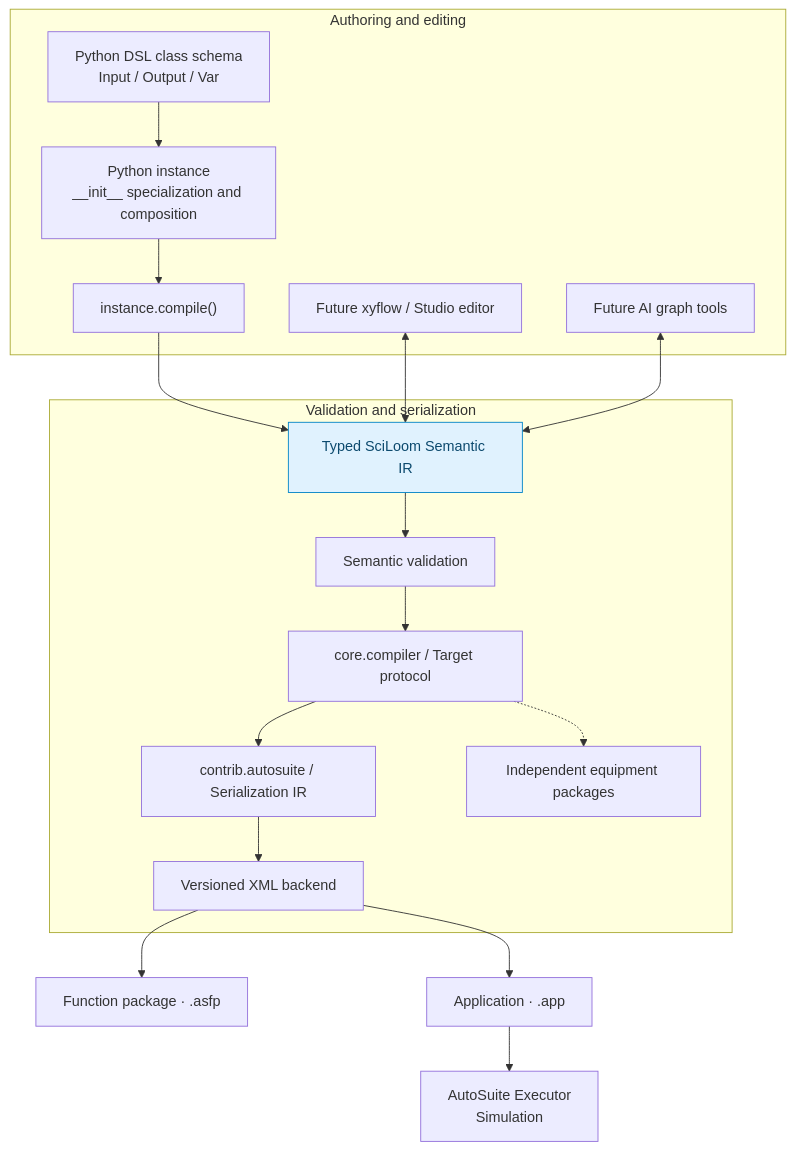
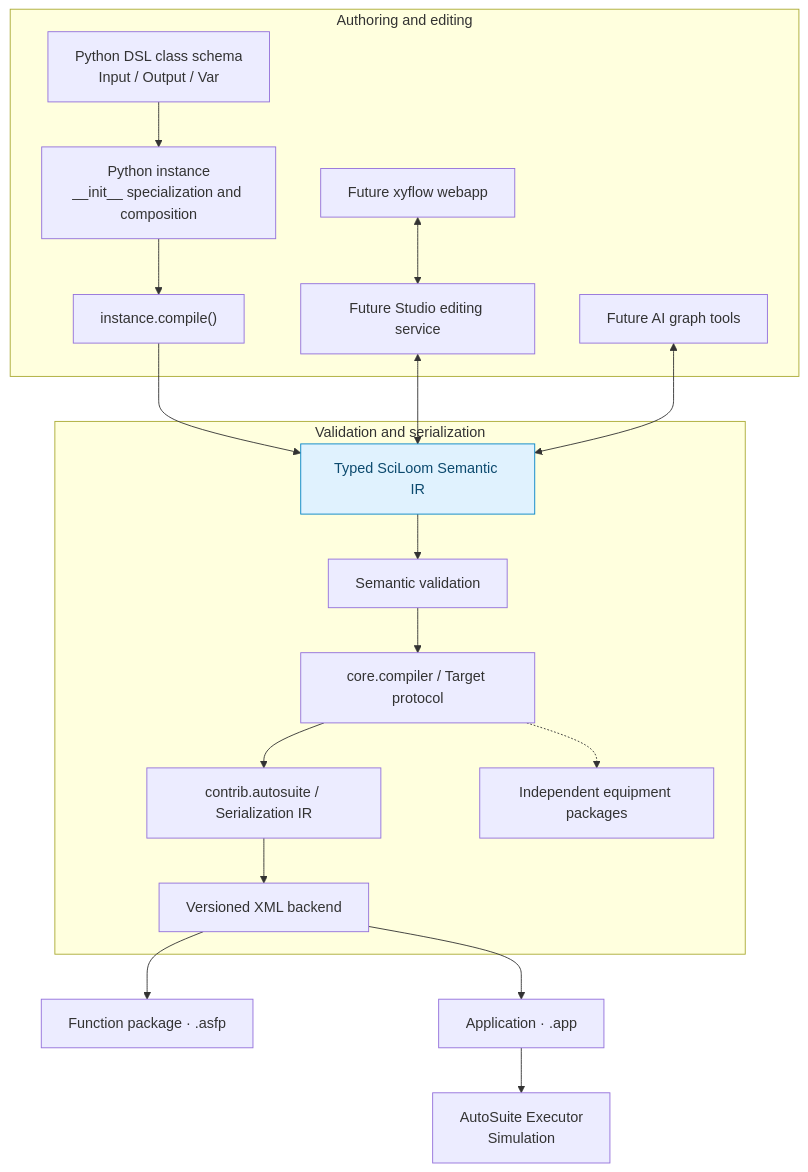
The diagram in docs/01_TARGET_ARCHITECTURE.md (TsumiNa/sciloom), drawn with Mermaid before and after one commit. The commit also changed 1 other file, not shown here.

Commit message:
docs: clarify planned capabilities and complete interface examples

````diff
--- a/docs/01_TARGET_ARCHITECTURE.md
+++ b/docs/01_TARGET_ARCHITECTURE.md
@@ -12,24 +12,26 @@
 ```mermaid
 flowchart TB
     subgraph Authoring["Authoring and editing"]
         Class["Python DSL class schema<br/>Input / Output / Var"] --> Instance["Python instance<br/>__init__ specialization and composition"]
         Instance --> Compile["instance.compile()"]
-        GUI["Future xyflow / Studio editor"]
+        GUI["Future xyflow webapp"]
+        Studio["Future Studio editing service"]
         AI["Future AI graph tools"]
     end
     Compile --> IR["Typed SciLoom Semantic IR"]
-    GUI <--> IR
+    GUI <--> Studio
+    Studio <--> IR
     AI <--> IR
     subgraph Backend["Validation and serialization"]
         IR --> Validate["Semantic validation"]
         Validate --> Compiler["core.compiler / Target protocol"]
         Compiler --> SIR["contrib.autosuite / Serialization IR"]
         Compiler -.-> Other["Independent equipment packages"]
         SIR --> XML["Versioned XML backend"]
     end
     XML --> ASFP["Function package · .asfp"]
     XML --> APP["Application · .app"]
     APP --> Executor["AutoSuite Executor<br/>Simulation"]
     classDef core fill:#e0f2fe,stroke:#0284c7,color:#0c4a6e;
     class IR core;
 ```
````
